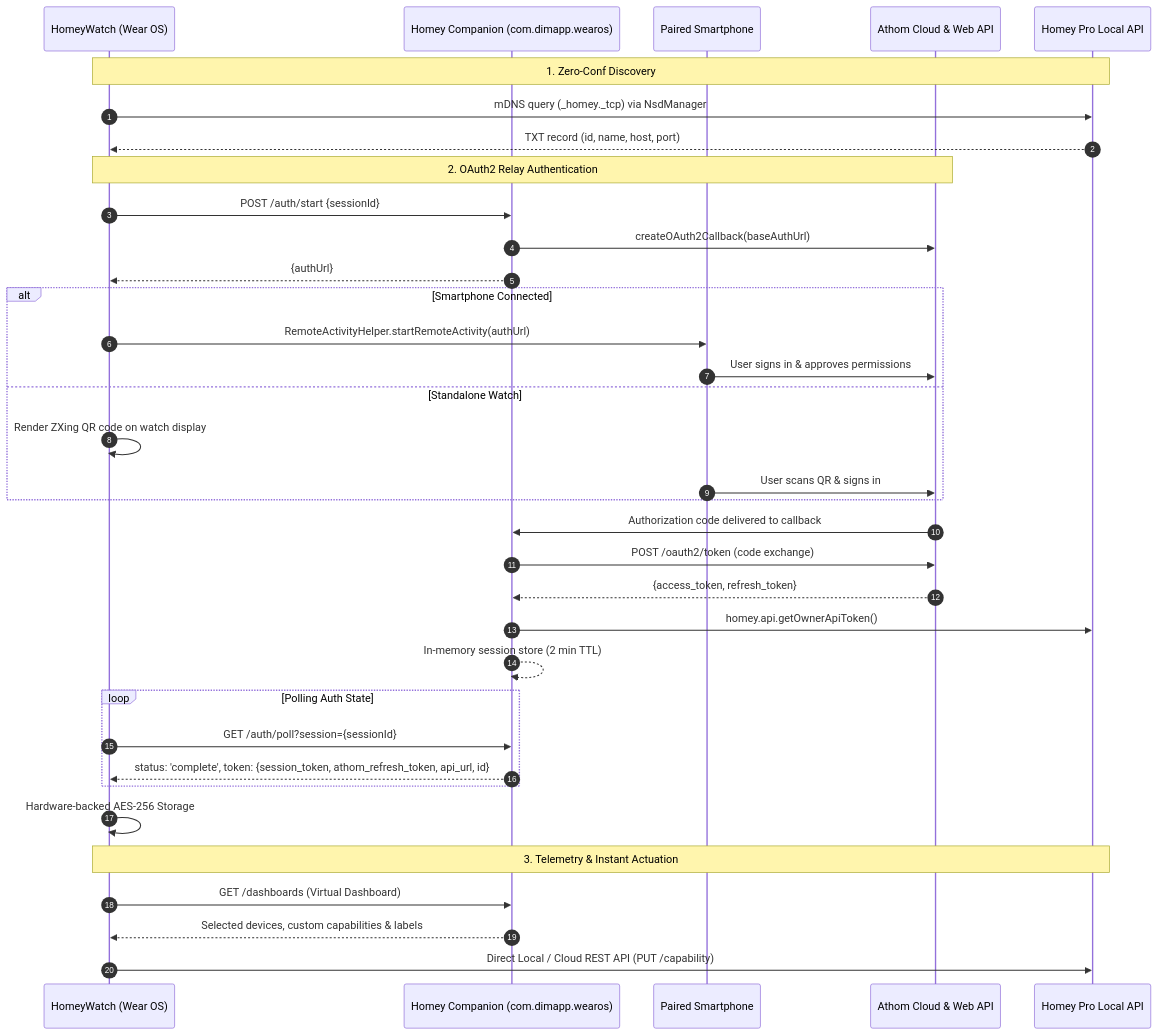
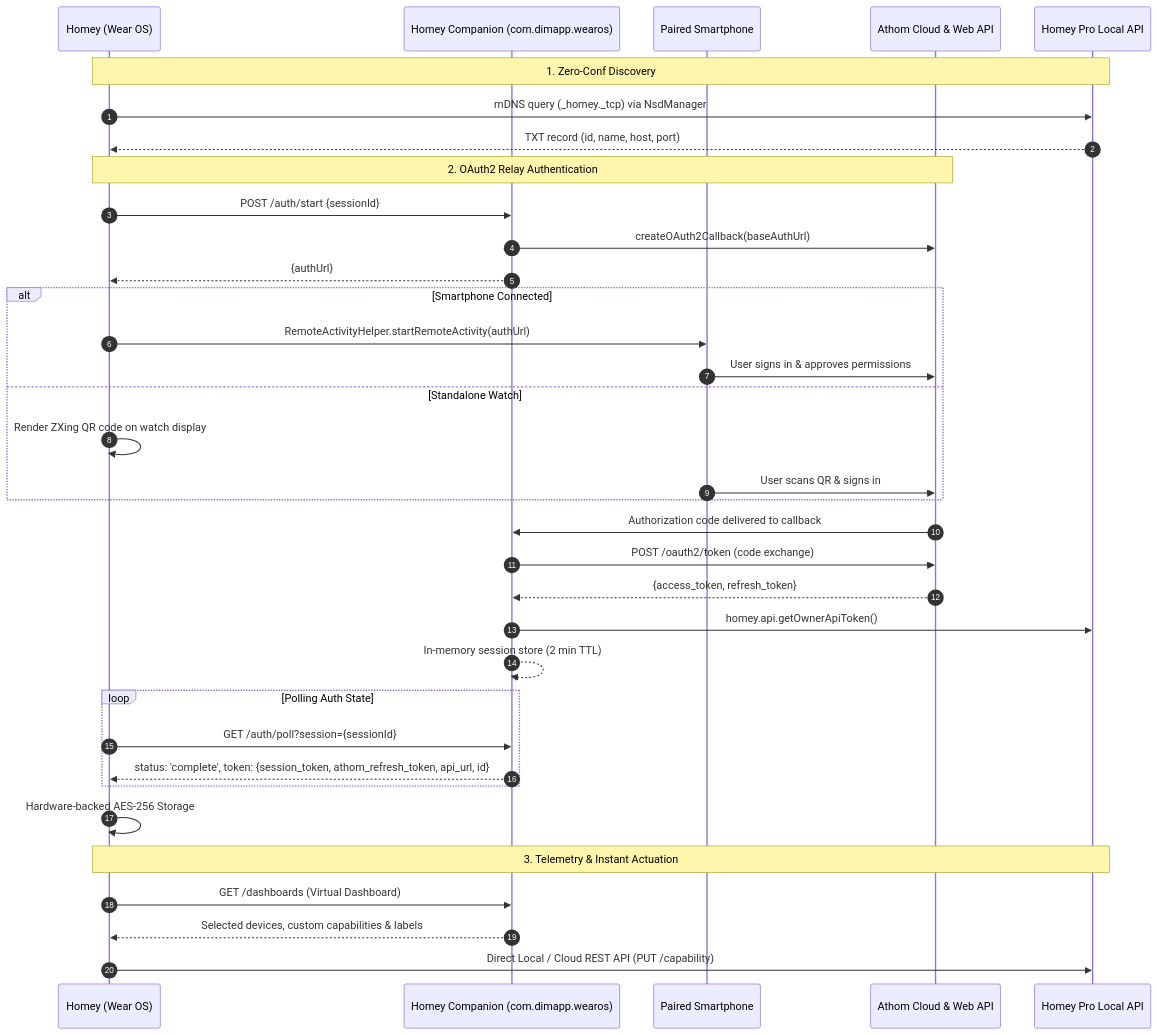
Before and after one commit to s-dimaio/com.dimapp.wearos: the diagram in README.md, drawn with Mermaid. The commit also changed other lines of this file and 9 other files, not shown here.

````diff
--- a/README.md
+++ b/README.md
@@ -32,41 +32,41 @@
 ```mermaid
 sequenceDiagram
     autonumber
-    participant Watch as HomeyWatch (Wear OS)
+    participant Watch as Homey (Wear OS)
     participant Companion as Homey Companion (com.dimapp.wearos)
     participant Phone as Paired Smartphone
     participant Athom as Athom Cloud & Web API
     participant Homey as Homey Pro Local API
 
     Note over Watch,Homey: 1. Zero-Conf Discovery
     Watch->>Homey: mDNS query (_homey._tcp) via NsdManager
     Homey-->>Watch: TXT record (id, name, host, port)
 
     Note over Watch,Athom: 2. OAuth2 Relay Authentication
     Watch->>Companion: POST /auth/start {sessionId}
     Companion->>Athom: createOAuth2Callback(baseAuthUrl)
     Companion-->>Watch: {authUrl}
     alt Smartphone Connected
         Watch->>Phone: RemoteActivityHelper.startRemoteActivity(authUrl)
         Phone->>Athom: User signs in & approves permissions
     else Standalone Watch
         Watch->>Watch: Render ZXing QR code on watch display
         Phone->>Athom: User scans QR & signs in
     end
     Athom->>Companion: Authorization code delivered to callback
     Companion->>Athom: POST /oauth2/token (code exchange)
     Athom-->>Companion: {access_token, refresh_token}
     Companion->>Homey: homey.api.getOwnerApiToken()
     Companion-->>Companion: In-memory session store (2 min TTL)
 
     loop Polling Auth State
         Watch->>Companion: GET /auth/poll?session={sessionId}
         Companion-->>Watch: status: 'complete', token: {session_token, athom_refresh_token, api_url, id}
     end
     Watch->>Watch: Hardware-backed AES-256 Storage
 
     Note over Watch,Homey: 3. Telemetry & Instant Actuation
     Watch->>Companion: GET /dashboards (Virtual Dashboard)
     Companion-->>Watch: Selected devices, custom capabilities & labels
     Watch->>Homey: Direct Local / Cloud REST API (PUT /capability)
 ```
````
